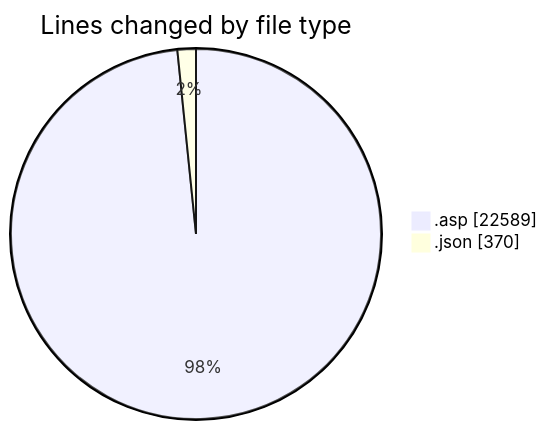
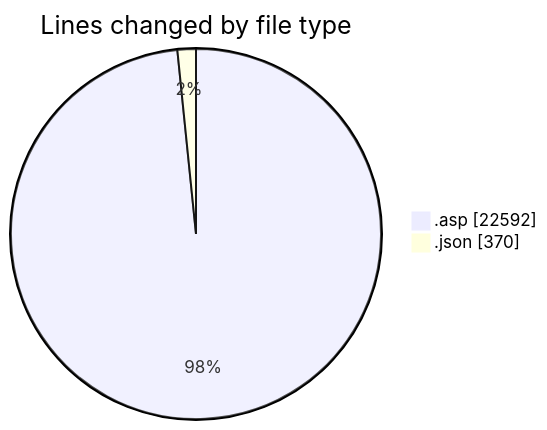
The first of 2 diagrams in 2025-11-01/cdp_aleoudev_fr__workspace_/README.md (julien-gomy/code-tracking), drawn with Mermaid before and after one commit. The commit also changed other lines of this file and 1 other file, not shown here.

````diff
--- a/2025-11-01/cdp_aleoudev_fr__workspace_/README.md
+++ b/2025-11-01/cdp_aleoudev_fr__workspace_/README.md
@@ -29,6 +29,6 @@
 ```mermaid
 pie showData
 title Lines changed by file type
-".asp" : 22589
+".asp" : 22592
 ".json" : 370
 ```
````
